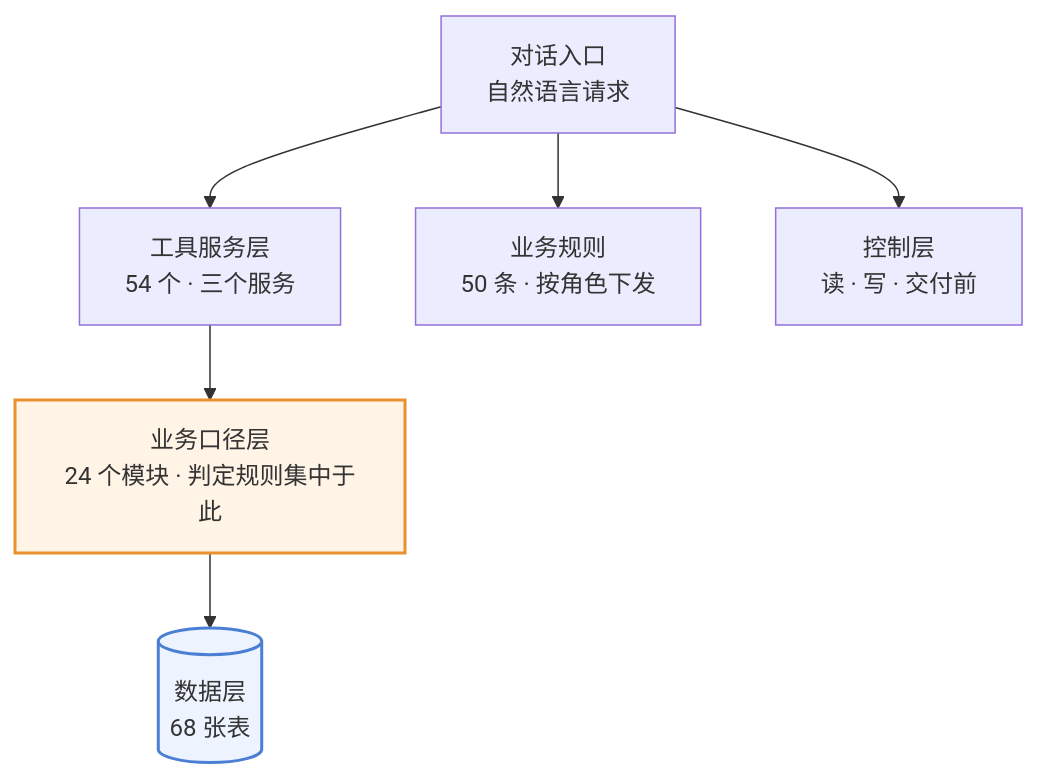
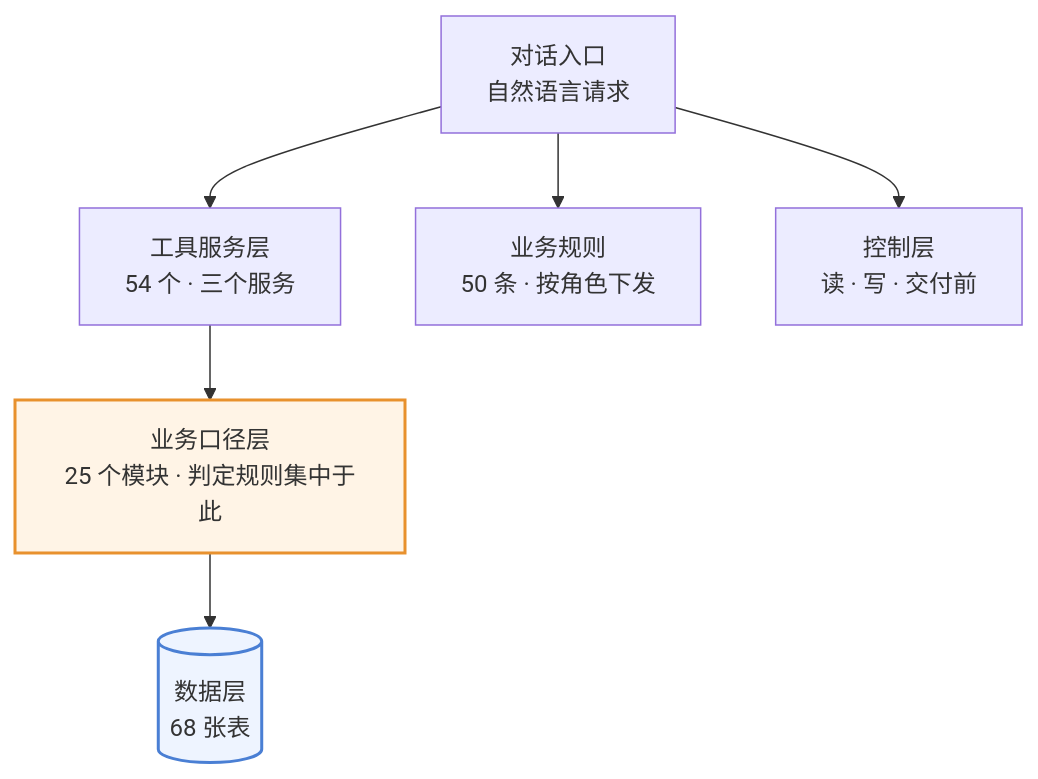
The first of 4 diagrams in 澜绣云裳agent-产品需求文档.md (843773296-rgb/lanxiu-yunshang-agent), drawn with Mermaid before and after one commit. The commit also changed other lines of this file and 6 other files, not shown here.

````diff
--- a/澜绣云裳agent-产品需求文档.md
+++ b/澜绣云裳agent-产品需求文档.md
@@ -134,12 +134,12 @@
 ```mermaid
 flowchart TD
     M["对话入口<br/>自然语言请求"]
     M --> T["工具服务层<br/>54 个 · 三个服务"]
     M --> R["业务规则<br/>50 条 · 按角色下发"]
     M --> G["控制层<br/>读 · 写 · 交付前"]
-    T --> K["业务口径层<br/>24 个模块 · 判定规则集中于此"]
+    T --> K["业务口径层<br/>25 个模块 · 判定规则集中于此"]
     K --> DB[("数据层<br/>68 张表")]
 
     style K fill:#fff4e6,stroke:#e8912d,stroke-width:2px
     style DB fill:#eef4ff,stroke:#4a7fd4,stroke-width:2px
 ```
````
